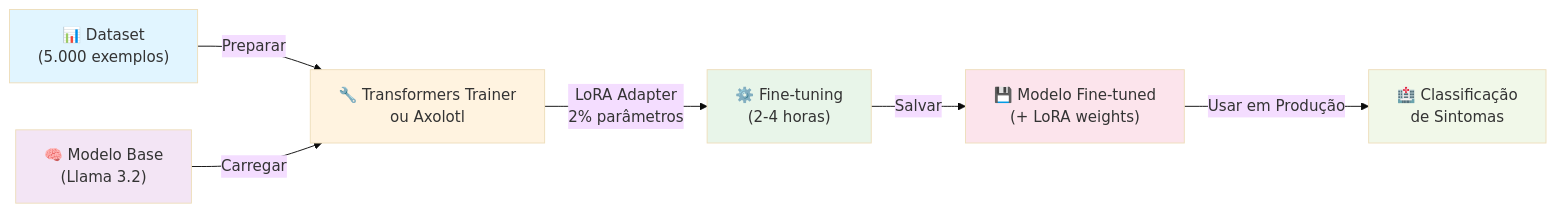
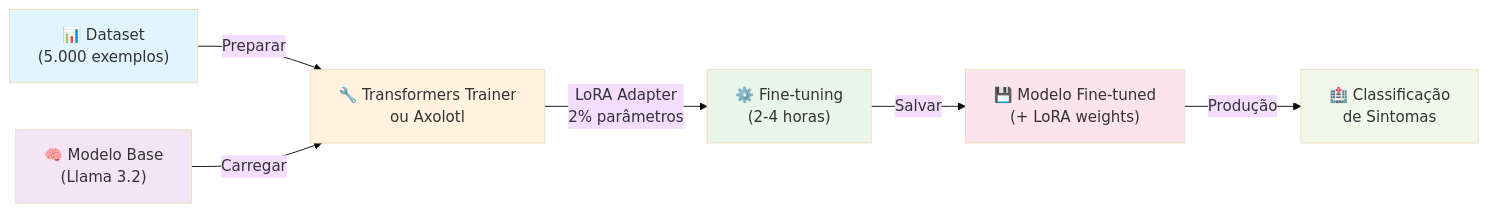
The second of 6 diagrams in README.md (otavio-lemos/fudAI-se), drawn with Mermaid (base theme) before and after one commit. The commit also changed other lines of this file, not shown here.

````diff
--- a/README.md
+++ b/README.md
@@ -578,15 +607,15 @@
 ```mermaid
 graph LR
     A["📊 Dataset<br/>(5.000 exemplos)"] -->|Preparar| B["🔧 Transformers Trainer<br/>ou Axolotl"]
     C["🧠 Modelo Base<br/>(Llama 3.2)"] -->|Carregar| B
     B -->|LoRA Adapter<br/>2% parâmetros| D["⚙️ Fine-tuning<br/>(2-4 horas)"]
     D -->|Salvar| E["💾 Modelo Fine-tuned<br/>(+ LoRA weights)"]
-    E -->|Usar em Produção| F["🏥 Classificação<br/>de Sintomas"]
+    E -->|Produção| F["🏥 Classificação<br/>de Sintomas"]
     
     style A fill:#e1f5ff
     style B fill:#fff3e0
     style C fill:#f3e5f5
     style D fill:#e8f5e9
     style E fill:#fce4ec
     style F fill:#f1f8e9
 ```
````
